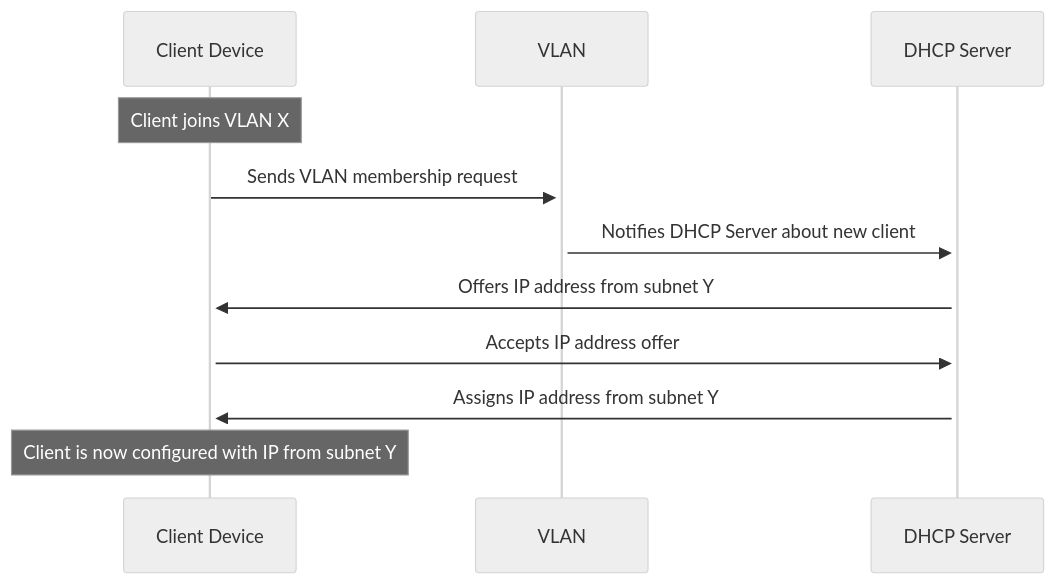
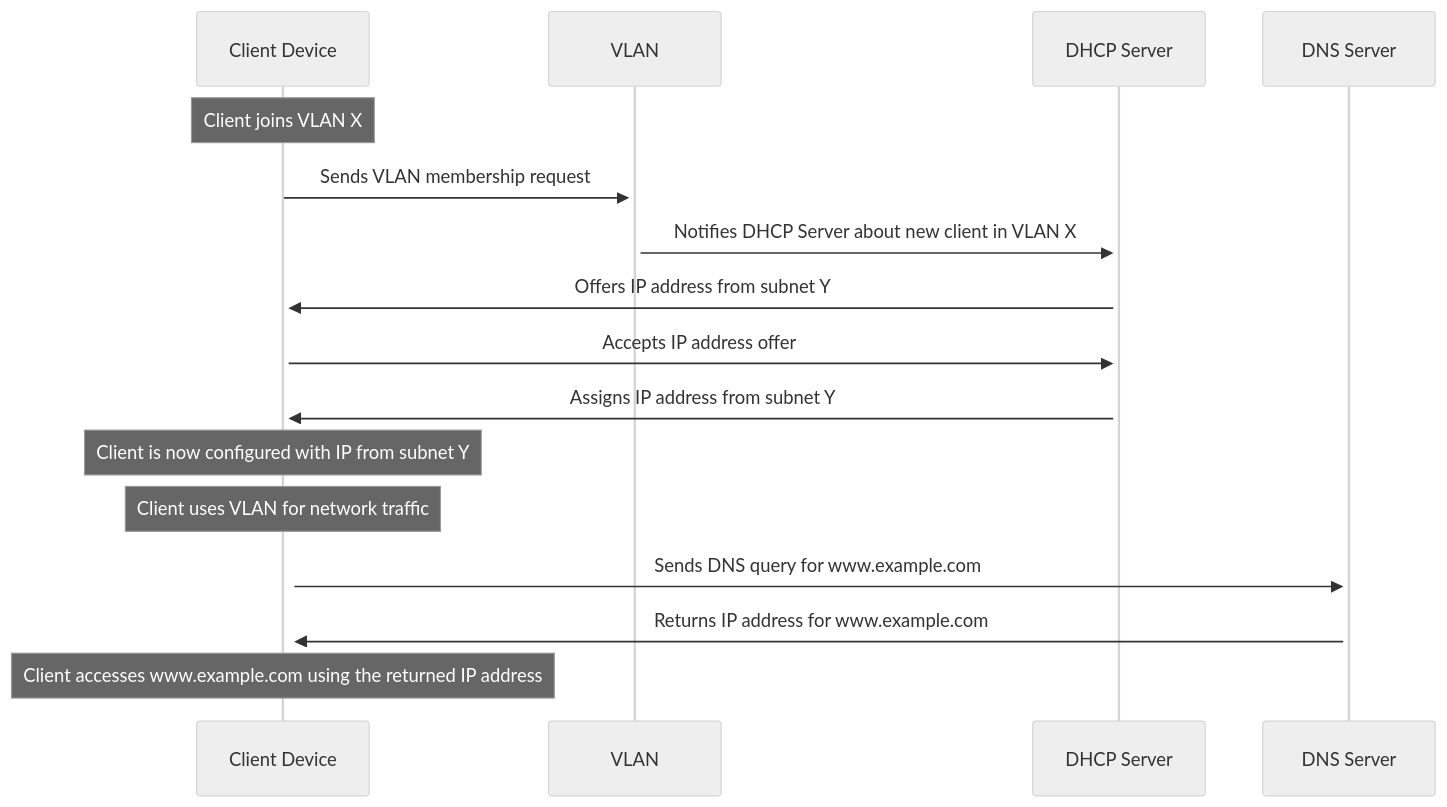
One commit to ji-podhead/RHEL_9_Foreman_Guide changed the second of 6 diagrams in readme.md. Above: the diagram before and after it, drawn with Mermaid (neutral theme). The commit also changed other lines of this file, not shown here.

````diff
--- a/readme.md
+++ b/readme.md
@@ -41,14 +41,19 @@
 ```mermaid
 sequenceDiagram
     participant Client as Client Device
     participant VLAN as VLAN
     participant DHCP_Server as DHCP Server
+    participant DNS_Server as DNS Server
     Note over Client: Client joins VLAN X
     Client->>+VLAN: Sends VLAN membership request
-    VLAN->>+DHCP_Server: Notifies DHCP Server about new client
+    VLAN->>+DHCP_Server: Notifies DHCP Server about new client in VLAN X
     DHCP_Server->>+Client: Offers IP address from subnet Y
     Client->>+DHCP_Server: Accepts IP address offer
     DHCP_Server->>+Client: Assigns IP address from subnet Y
     Note over Client: Client is now configured with IP from subnet Y
+    Note over Client: Client uses VLAN for network traffic
+    Client->>+DNS_Server: Sends DNS query for www.example.com
+    DNS_Server->>+Client: Returns IP address for www.example.com
+    Note over Client: Client accesses www.example.com using the returned IP address
 
 ```
````
